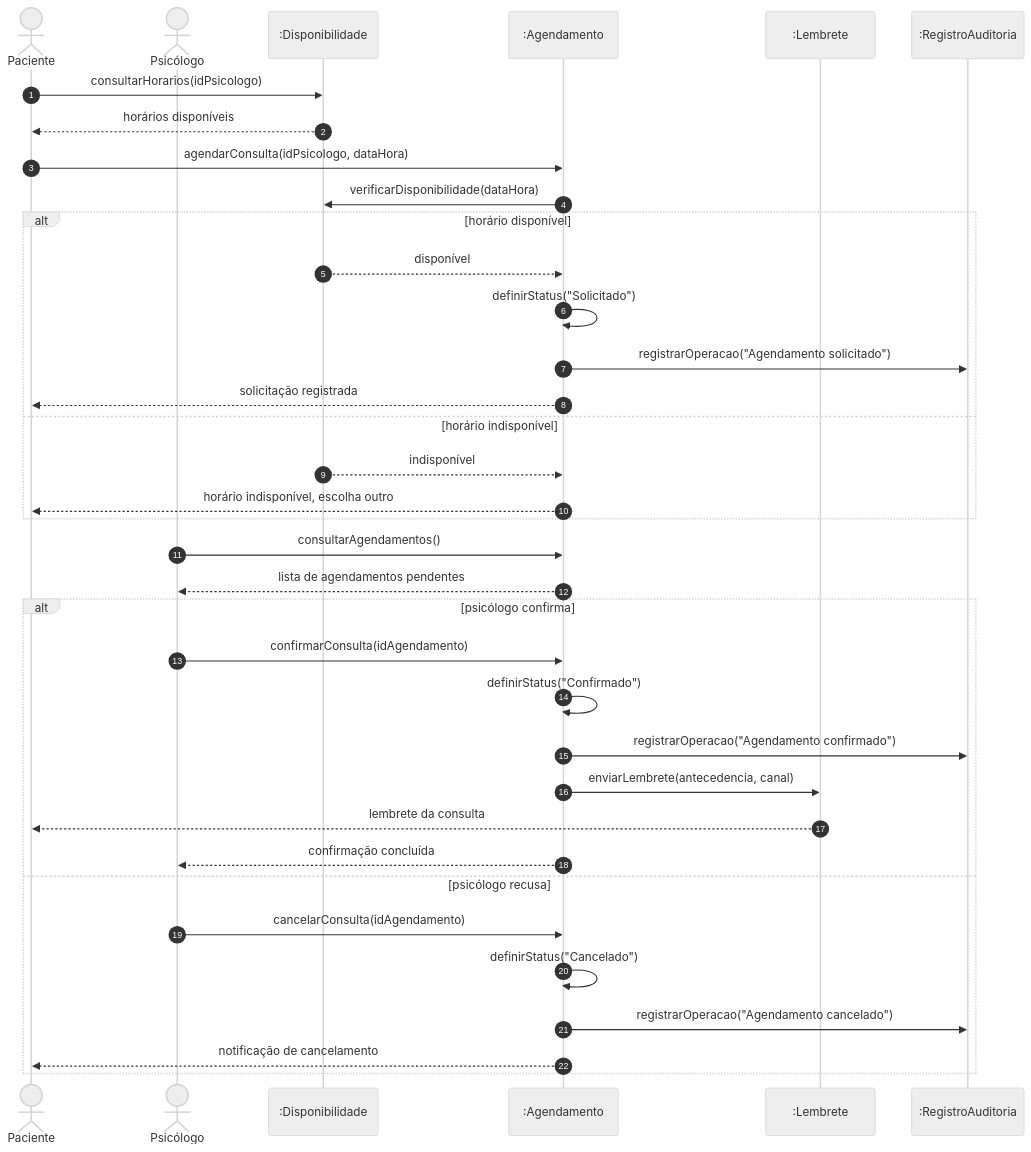
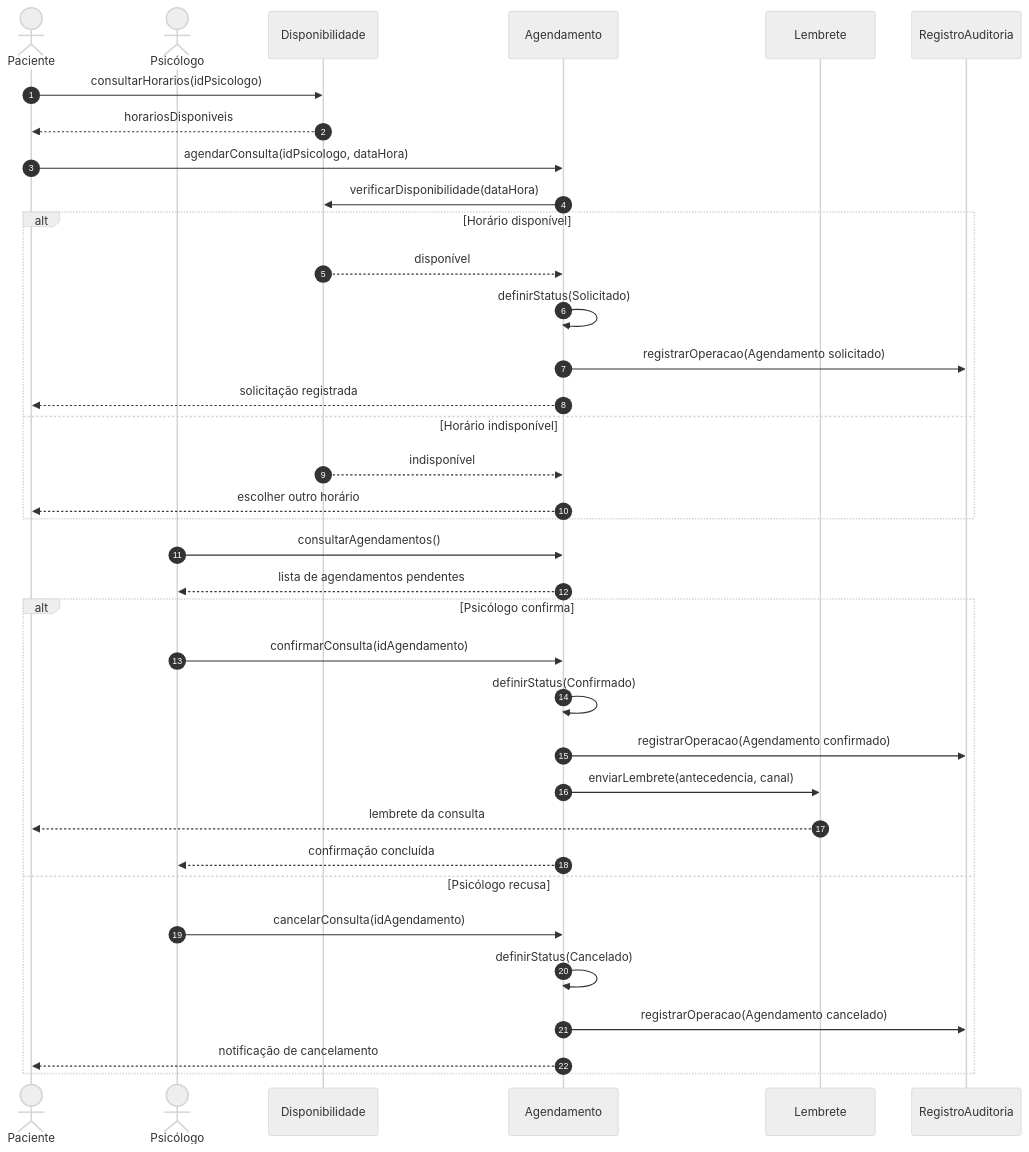
Before and after one commit to Icaro230307/AV3-PsiConnect: the third of 6 diagrams in README.md, drawn with Mermaid (neutral theme). The commit also changed other lines of this file, not shown here.

````diff
--- a/README.md
+++ b/README.md
@@ -116,43 +126,43 @@
 ```mermaid
 sequenceDiagram
     autonumber
     actor Pac as Paciente
     actor Psi as Psicólogo
-    participant D as :Disponibilidade
-    participant A as :Agendamento
-    participant L as :Lembrete
-    participant R as :RegistroAuditoria
+    participant D as Disponibilidade
+    participant A as Agendamento
+    participant L as Lembrete
+    participant R as RegistroAuditoria
 
     Pac->>D: consultarHorarios(idPsicologo)
-    D-->>Pac: horários disponíveis
+    D-->>Pac: horariosDisponiveis
 
     Pac->>A: agendarConsulta(idPsicologo, dataHora)
     A->>D: verificarDisponibilidade(dataHora)
 
-    alt horário disponível
+    alt Horário disponível
         D-->>A: disponível
-        A->>A: definirStatus("Solicitado")
-        A->>R: registrarOperacao("Agendamento solicitado")
+        A->>A: definirStatus(Solicitado)
+        A->>R: registrarOperacao(Agendamento solicitado)
         A-->>Pac: solicitação registrada
-    else horário indisponível
+    else Horário indisponível
         D-->>A: indisponível
-        A-->>Pac: horário indisponível, escolha outro
+        A-->>Pac: escolher outro horário
     end
 
     Psi->>A: consultarAgendamentos()
     A-->>Psi: lista de agendamentos pendentes
 
-    alt psicólogo confirma
+    alt Psicólogo confirma
         Psi->>A: confirmarConsulta(idAgendamento)
-        A->>A: definirStatus("Confirmado")
-        A->>R: registrarOperacao("Agendamento confirmado")
+        A->>A: definirStatus(Confirmado)
+        A->>R: registrarOperacao(Agendamento confirmado)
         A->>L: enviarLembrete(antecedencia, canal)
         L-->>Pac: lembrete da consulta
         A-->>Psi: confirmação concluída
-    else psicólogo recusa
+    else Psicólogo recusa
         Psi->>A: cancelarConsulta(idAgendamento)
-        A->>A: definirStatus("Cancelado")
-        A->>R: registrarOperacao("Agendamento cancelado")
+        A->>A: definirStatus(Cancelado)
+        A->>R: registrarOperacao(Agendamento cancelado)
         A-->>Pac: notificação de cancelamento
     end
 ```
````
